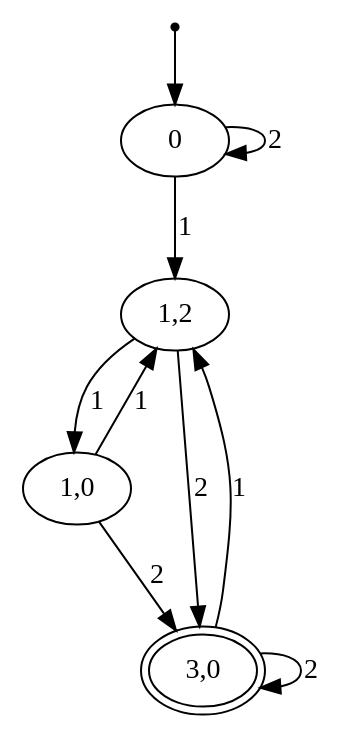
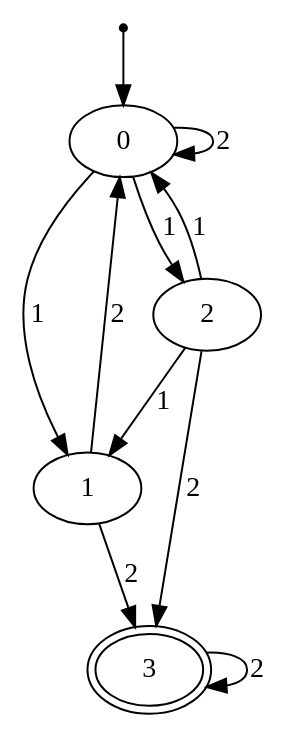
One commit to kladier/projetTL changed the diagram in automate-project/tmp.dot. Above: the diagram before and after it, drawn with Graphviz. The commit also changed 30 other files, not shown here.

```diff
--- a/automate-project/tmp.dot
+++ b/automate-project/tmp.dot
@@ -1,16 +1,17 @@
 digraph a { 
-"F0"[shape=point] ;
-"F0"->"0" ;
-"0"->"1,2" [label="1"] ;
-"0"->"0" [label="2"] ;
-"1,2" ;
-"1,2"->"1,0" [label="1"] ;
-"1,2"->"3,0" [label="2"] ;
-"1,0" ;
-"1,0"->"1,2" [label="1"] ;
-"1,0"->"3,0" [label="2"] ;
-"3,0"[peripheries=2] ;
-"3,0"->"1,2" [label="1"] ;
-"3,0"->"3,0" [label="2"] ;
+F0[shape=point] ;
+F0->0 ;
+0->1 [label="1"] ;
+0->2 [label="1"] ;
+0->0 [label="2"] ;
+1 ;
+1->3 [label="2"] ;
+1->0 [label="2"] ;
+2 ;
+2->1 [label="1"] ;
+2->0 [label="1"] ;
+2->3 [label="2"] ;
+3[peripheries=2] ;
+3->3 [label="2"] ;
 
  }
```
